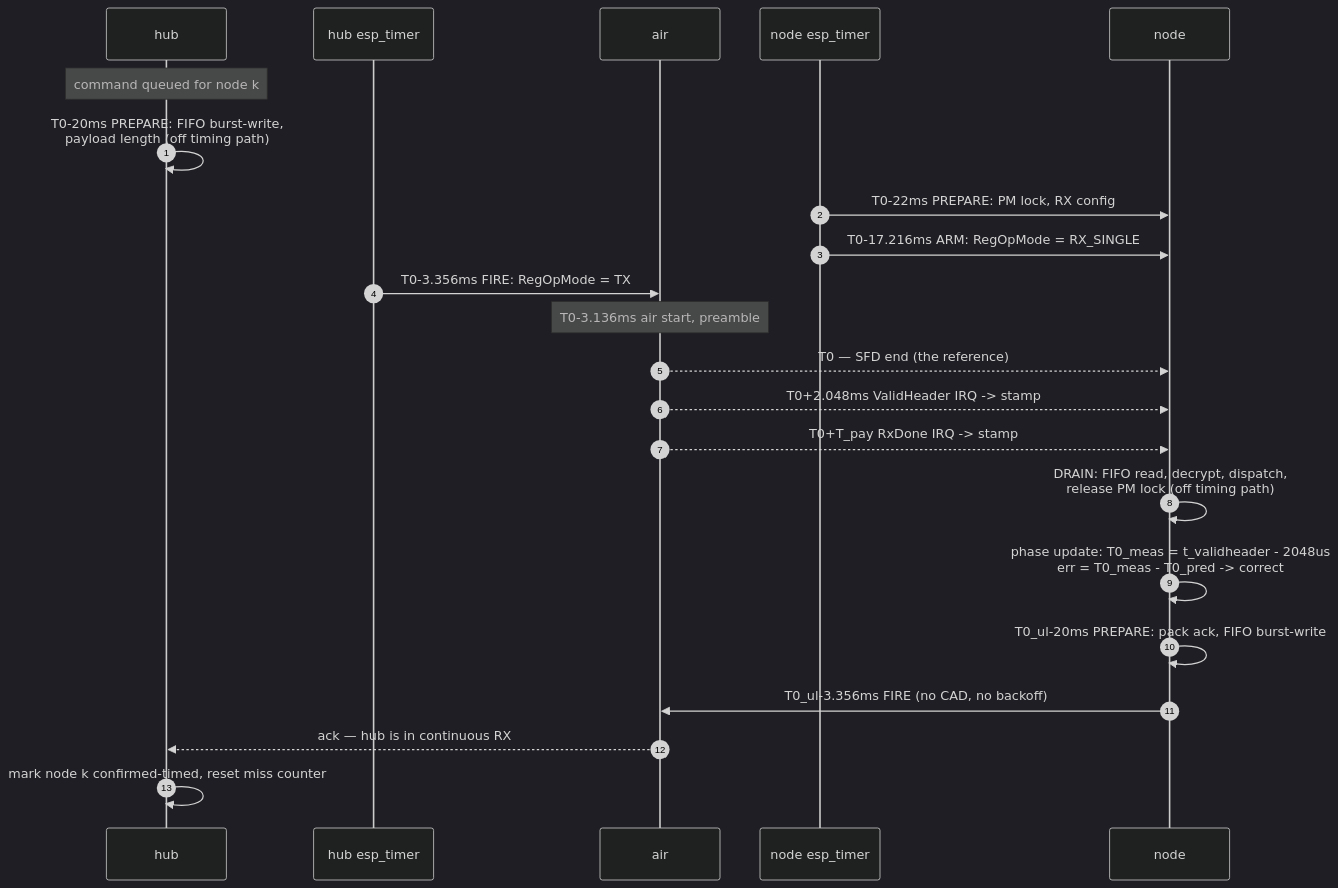
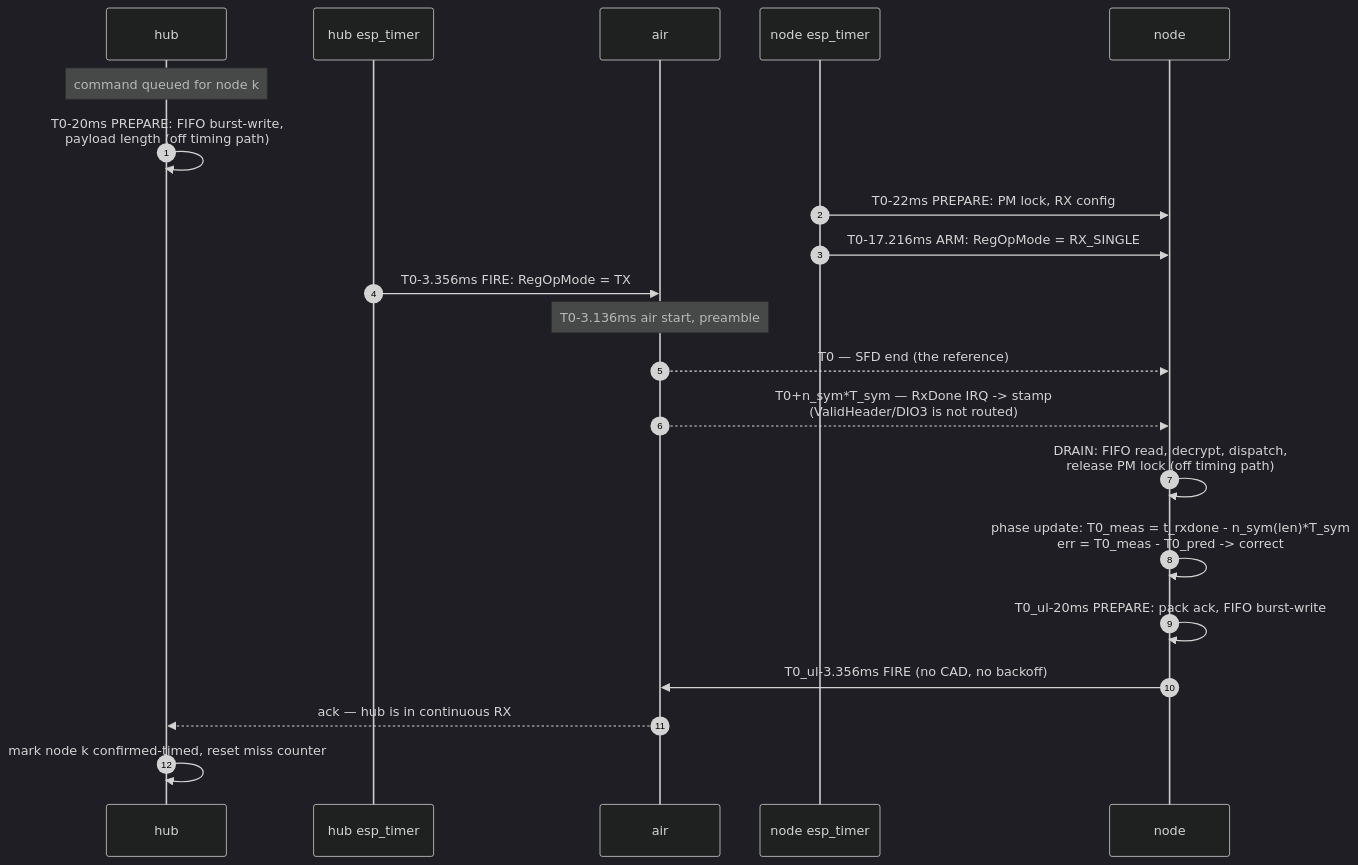
One commit to smirre111/esphome_localcomponents changed the second of 5 diagrams in configuration/docs/timed-window-mode-plan.md. Above: the diagram before and after it, drawn with Mermaid (dark theme). The commit also changed other lines of this file, not shown here.

````diff
--- a/configuration/docs/timed-window-mode-plan.md
+++ b/configuration/docs/timed-window-mode-plan.md
@@ -574,24 +569,23 @@
 ```mermaid
 sequenceDiagram
     autonumber
     participant H as hub
     participant HT as hub esp_timer
     participant A as air
     participant NT as node esp_timer
     participant N as node
     Note over H: command queued for node k
     H->>H: T0-20ms PREPARE: FIFO burst-write,<br/>payload length (off timing path)
     NT->>N: T0-22ms PREPARE: PM lock, RX config
     NT->>N: T0-17.216ms ARM: RegOpMode = RX_SINGLE
     HT->>A: T0-3.356ms FIRE: RegOpMode = TX
     Note over A: T0-3.136ms air start, preamble
     A-->>N: T0 — SFD end (the reference)
-    A-->>N: T0+2.048ms ValidHeader IRQ -> stamp
-    A-->>N: T0+T_pay RxDone IRQ -> stamp
+    A-->>N: T0+n_sym*T_sym — RxDone IRQ -> stamp<br/>(ValidHeader/DIO3 is not routed)
     N->>N: DRAIN: FIFO read, decrypt, dispatch,<br/>release PM lock (off timing path)
-    N->>N: phase update: T0_meas = t_validheader - 2048us<br/>err = T0_meas - T0_pred -> correct
+    N->>N: phase update: T0_meas = t_rxdone - n_sym(len)*T_sym<br/>err = T0_meas - T0_pred -> correct
     N->>N: T0_ul-20ms PREPARE: pack ack, FIFO burst-write
     N->>A: T0_ul-3.356ms FIRE (no CAD, no backoff)
     A-->>H: ack — hub is in continuous RX
     H->>H: mark node k confirmed-timed, reset miss counter
 ```
````
